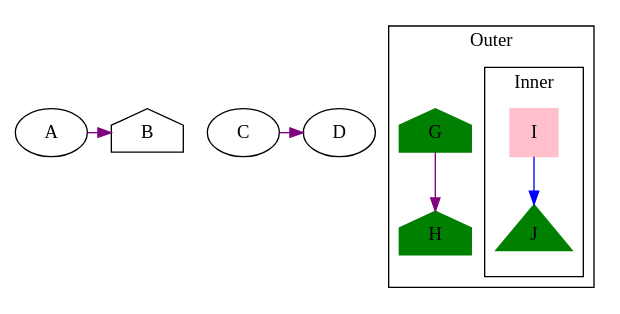
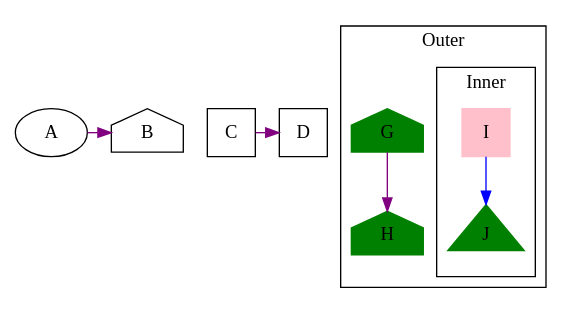
The diagram in data/55.gv (graphviz-perl/GraphViz2-Marpa), drawn with Graphviz before and after one commit. The commit also changed 3 other files, not shown here.

```diff
--- a/data/55.gv
+++ b/data/55.gv
@@ -1,32 +1,32 @@
 strict digraph graph_55
 {
 	A [shape = oval]
 
 	node [shape = house]
 	edge [color = purple]
 
 	{
 		rank = same
 		B
-		node [shape = oval]
+		node [shape = square]
 		A -> B
 		{ C -> D }
 	}
 
 	node [color = green style = filled]
 
 	subgraph cluster_outer
 	{
 		G -> H
 		label = Outer
 		subgraph cluster_inner
 		{
 			node [shape = triangle]
 			edge [color = blue]
 			I [color = pink shape = square]
 			I -> J
 			label = Inner
 		}
 	}
 	graph [rankdir = TB]
 }
```
